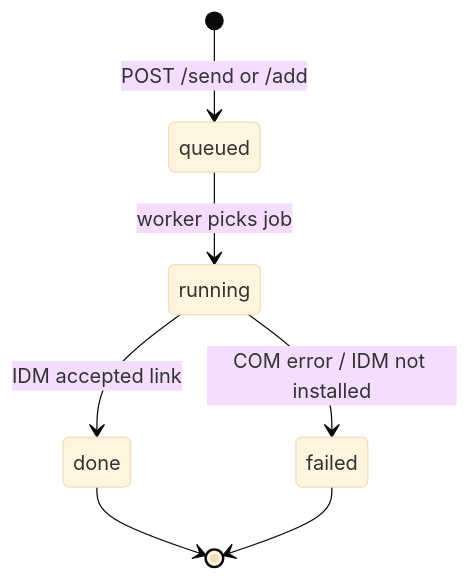
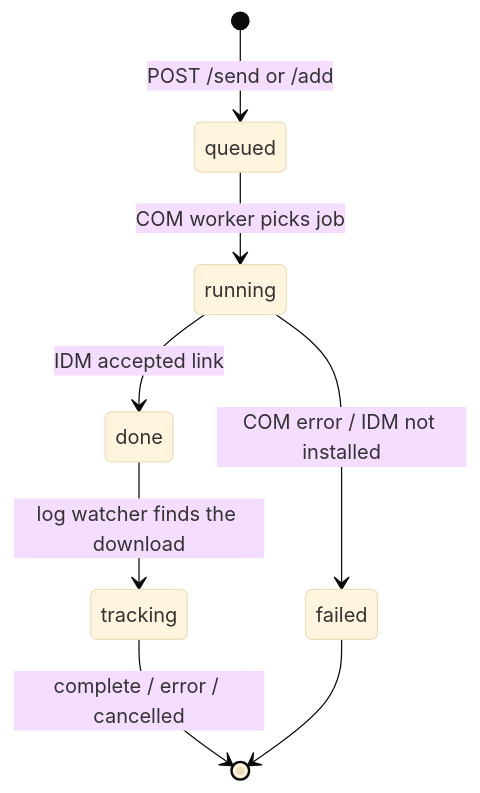
The sixth of 6 diagrams in README.md (cumulus13/pyidm), drawn with Mermaid (base theme) before and after one commit. The commit also changed other lines of this file and 12 other files, not shown here.

````diff
--- a/README.md
+++ b/README.md
@@ -289,9 +413,10 @@
 ```mermaid
 stateDiagram-v2
     [*] --> queued: POST /send or /add
-    queued --> running: worker picks job
+    queued --> running: COM worker picks job
     running --> done: IDM accepted link
     running --> failed: COM error / IDM not installed
-    done --> [*]
+    done --> tracking: log watcher finds the download
+    tracking --> [*]: complete / error / cancelled
     failed --> [*]
 ```
````
